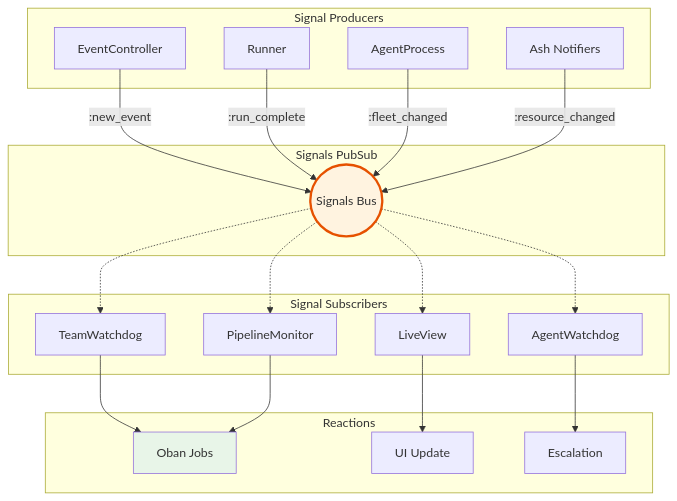
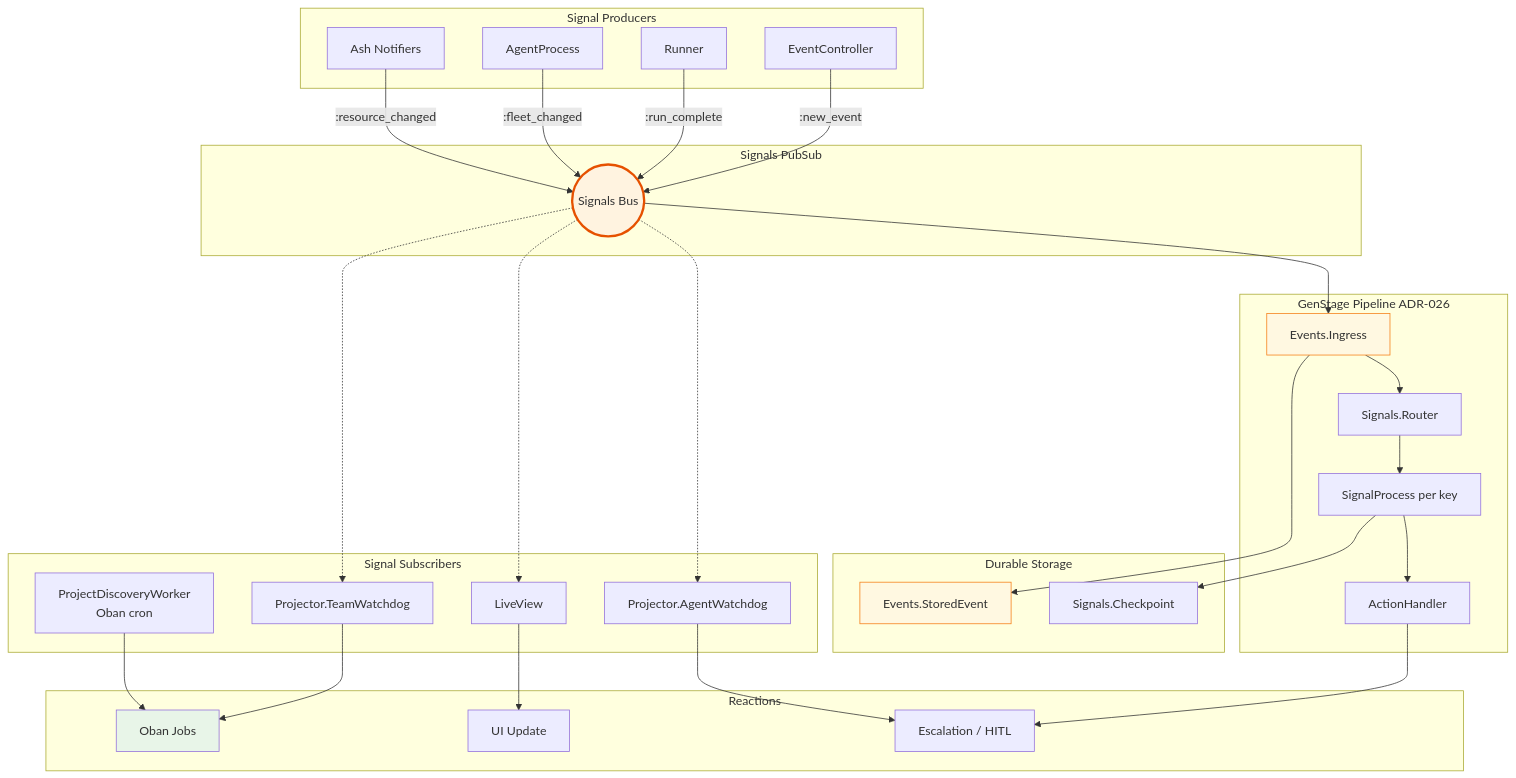
Before and after one commit to architects-of-type-IV/agent-observatory: diagram 20 of 21 in docs/diagrams/architecture.md, drawn with Mermaid. The commit also changed other lines of this file and 20 other files, not shown here.

First line of the commit message:
docs(architecture): update docs for ADR-026 GenStage pipeline, deleted subsystems, and supervision tree changes

````diff
--- a/docs/diagrams/architecture.md
+++ b/docs/diagrams/architecture.md
@@ -744,44 +776,65 @@
 ```mermaid
 flowchart TB
     subgraph Producers["Signal Producers"]
         EC[EventController]
         R[Runner]
         AP[AgentProcess]
         Ash[Ash Notifiers]
     end
 
     subgraph Bus["Signals PubSub"]
         SIG((Signals Bus))
     end
 
+    subgraph GenStage["GenStage Pipeline ADR-026"]
+        ING[Events.Ingress]
+        RO[Signals.Router]
+        SP[SignalProcess per key]
+        AH[ActionHandler]
+    end
+
+    subgraph StoredEvents["Durable Storage"]
+        SE[Events.StoredEvent]
+        CP[Signals.Checkpoint]
+    end
+
     subgraph Subscribers["Signal Subscribers"]
-        AW[AgentWatchdog]
-        TW[TeamWatchdog]
+        AW[Projector.AgentWatchdog]
+        TW[Projector.TeamWatchdog]
         LV[LiveView]
-        PM[PipelineMonitor]
+        PDW[ProjectDiscoveryWorker\nOban cron]
     end
 
     subgraph Reactors["Reactions"]
         OJ[Oban Jobs]
         UI[UI Update]
-        ESC[Escalation]
+        ESC[Escalation / HITL]
     end
 
     EC -->|:new_event| SIG
     R -->|:run_complete| SIG
     AP -->|:fleet_changed| SIG
     Ash -->|:resource_changed| SIG
 
     SIG -.-> AW
     SIG -.-> TW
     SIG -.-> LV
-    SIG -.-> PM
+    SIG --> ING
+
+    ING --> SE
+    ING --> RO
+    RO --> SP
+    SP --> AH
+    AH --> ESC
+    SP --> CP
 
     AW --> ESC
     TW --> OJ
     LV --> UI
-    PM --> OJ
+    PDW --> OJ
 
     style SIG fill:#fff3e0,stroke:#e65100,stroke-width:3px
     style OJ fill:#e8f5e8
+    style ING fill:#fff8e1,stroke:#f57f17
+    style SE fill:#fff8e1,stroke:#f57f17
 ```
````
